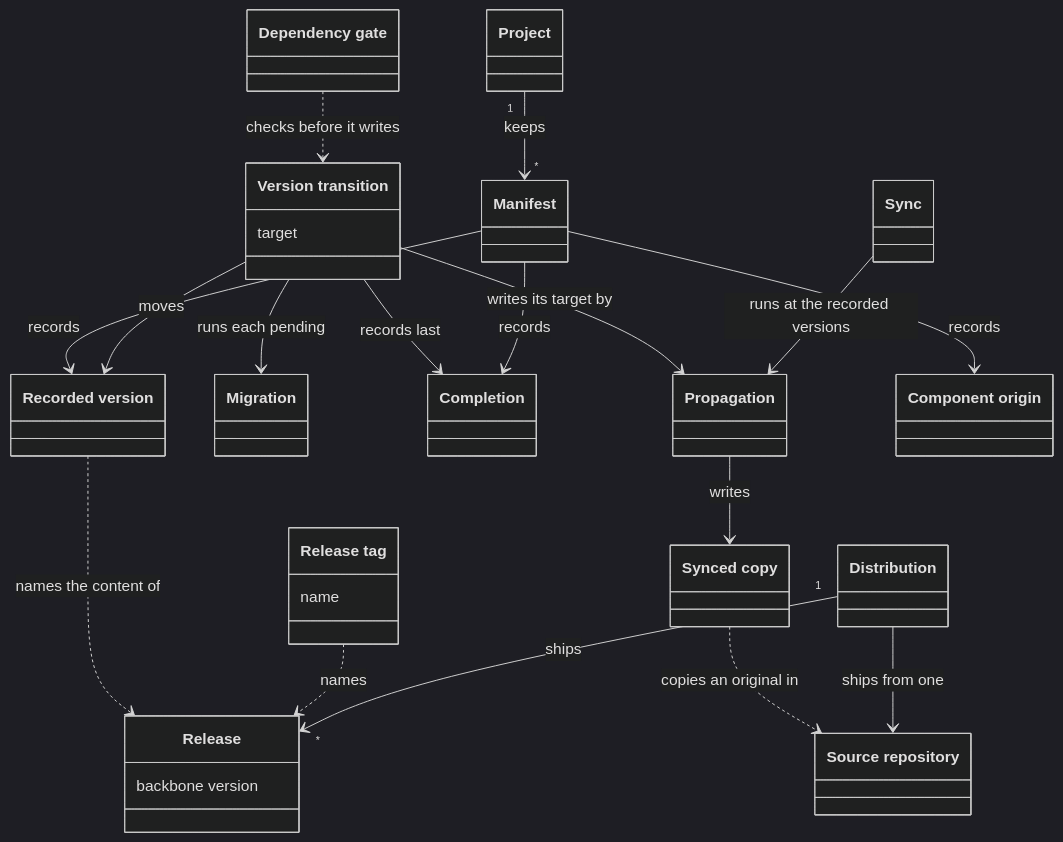
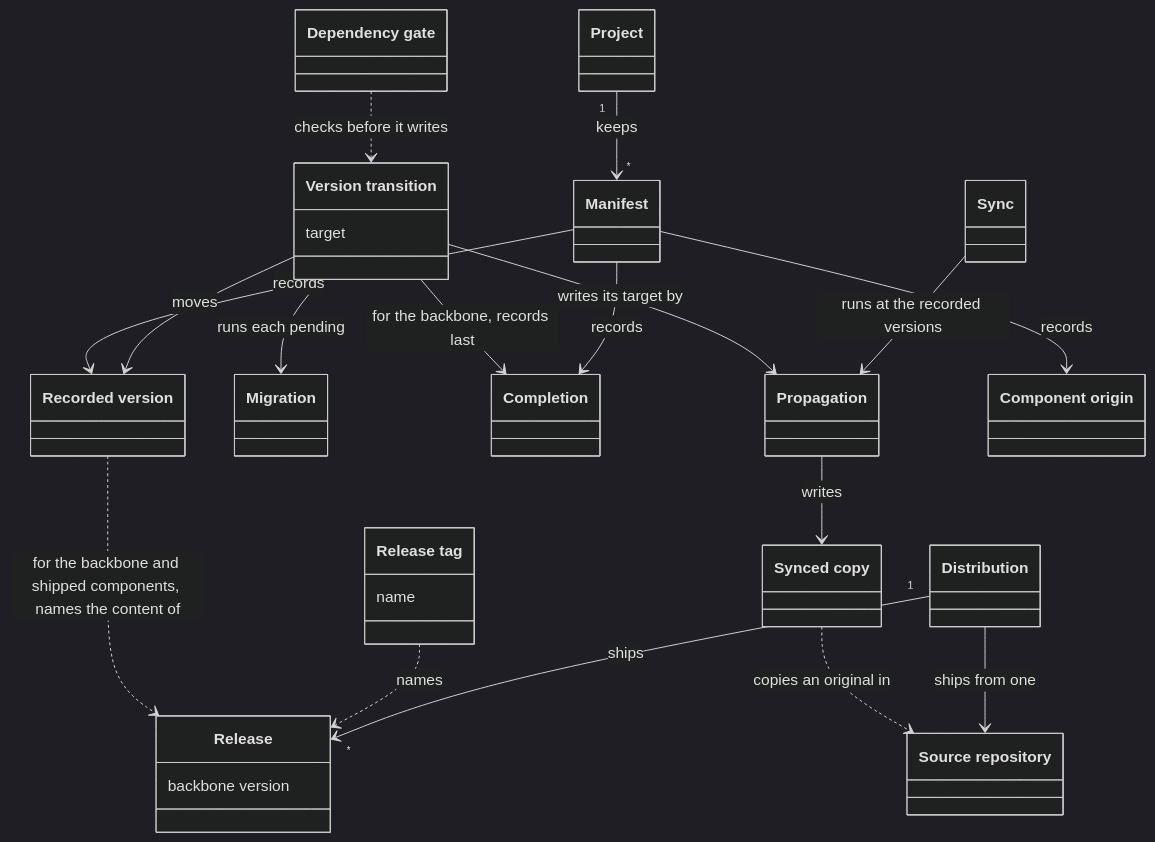
The first of 4 diagrams in tech-docs/analysis/core/domain-model/040-versions-and-copies.md (aleskalfas/project-kit), drawn with Mermaid (dark theme) before and after one commit. The commit also changed other lines of this file and 2 other files, not shown here.

````diff
--- a/tech-docs/analysis/core/domain-model/040-versions-and-copies.md
+++ b/tech-docs/analysis/core/domain-model/040-versions-and-copies.md
@@ -62,39 +62,39 @@
 ```mermaid
 classDiagram
-  accTitle: Versions and copies
-  accDescr: A project keeps manifests, which record the recorded version of the backbone and of each shipped component, and each component's origin. The backbone's manifest also records the completion. A recorded version names the release whose content the project holds, and a release tag names a release. A version transition moves recorded versions, runs migrations and writes its target's content by propagation. It records its completion last, and a dependency gate checks it before it writes. Sync runs propagation at the recorded versions. Propagation writes synced copies, whose originals lie in a source repository. A distribution ships releases from one source repository.
+  accTitle: Versions and synced copies
+  accDescr: A project keeps manifests, which record the recorded version of the backbone and of each shipped component, and each component's origin. The backbone's manifest also records the completion. A recorded version of the backbone or of a shipped component names the release whose content the project holds. A release tag names a release. A version transition moves recorded versions, runs migrations and writes its target's content by propagation. A version transition of the backbone records its completion last, and a dependency gate checks each version transition before it writes. Sync runs propagation at the recorded versions. Propagation writes synced copies, whose originals lie in a source repository. A distribution ships releases from one source repository.
   class Project["Project"]
   class Manifest["Manifest"]
   class RecordedVersion["Recorded version"]
   class Release["Release"]
   Release : backbone version
   class ReleaseTag["Release tag"]
   ReleaseTag : name
   class Migration["Migration"]
   class VersionTransition["Version transition"]
   VersionTransition : target
   class Completion["Completion"]
   class DependencyGate["Dependency gate"]
   class Propagation["Propagation"]
   class Sync["Sync"]
   class SyncedCopy["Synced copy"]
   class SourceRepository["Source repository"]
   class Distribution["Distribution"]
   class ComponentOrigin["Component origin"]
   Project "1" --> "*" Manifest : keeps
   Manifest --> RecordedVersion : records
   Manifest --> ComponentOrigin : records
-  RecordedVersion ..> Release : names the content of
+  RecordedVersion ..> Release : for the backbone and shipped components, names the content of
   VersionTransition --> RecordedVersion : moves
   VersionTransition --> Migration : runs each pending
   VersionTransition --> Propagation : writes its target by
-  VersionTransition --> Completion : records last
+  VersionTransition --> Completion : for the backbone, records last
   Manifest --> Completion : records
   DependencyGate ..> VersionTransition : checks before it writes
   ReleaseTag ..> Release : names
   Sync --> Propagation : runs at the recorded versions
   Propagation --> SyncedCopy : writes
   SyncedCopy ..> SourceRepository : copies an original in
   Distribution "1" --> "*" Release : ships
   Distribution --> SourceRepository : ships from one
 ```
````
